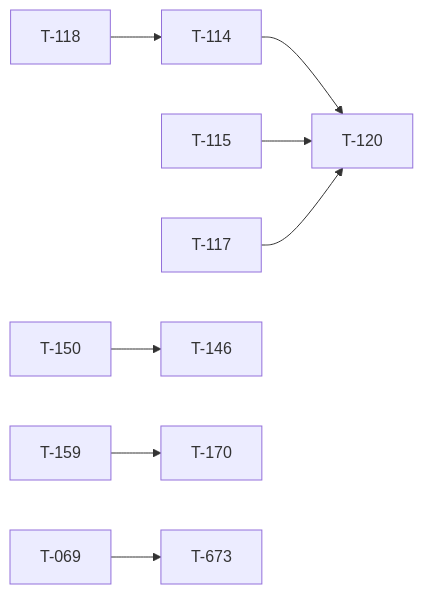
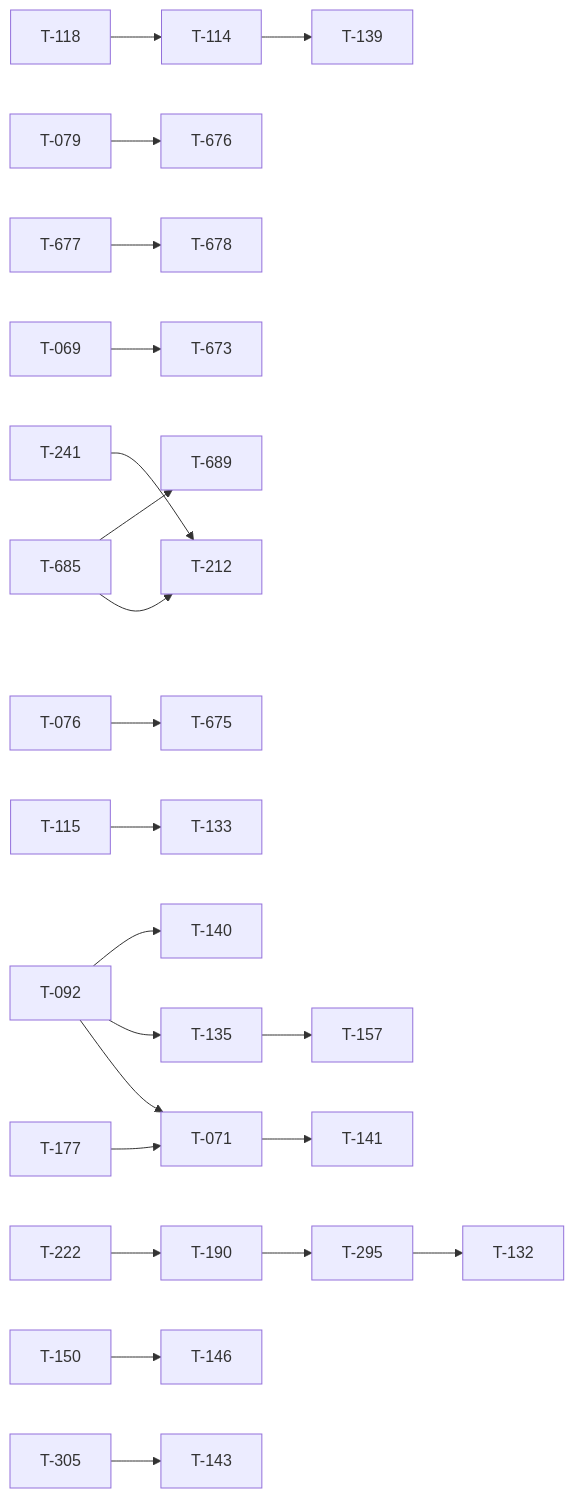
The diagram in docs/TICKET_LEAD.md (darkforce09/TBD-reforger), drawn with Mermaid before and after one commit. The commit also changed other lines of this file and 426 other files, not shown here.

````diff
--- a/docs/TICKET_LEAD.md
+++ b/docs/TICKET_LEAD.md
@@ -36,10 +119,24 @@
 ```mermaid
 flowchart LR
+  T092[T-092] --> T071[T-071]
+  T177[T-177] --> T071[T-071]
   T118[T-118] --> T114[T-114]
-  T114[T-114] --> T120[T-120]
-  T115[T-115] --> T120[T-120]
-  T117[T-117] --> T120[T-120]
+  T079[T-079] --> T676[T-676]
+  T677[T-677] --> T678[T-678]
+  T069[T-069] --> T673[T-673]
+  T685[T-685] --> T212[T-212]
+  T241[T-241] --> T212[T-212]
+  T685[T-685] --> T689[T-689]
+  T076[T-076] --> T675[T-675]
+  T115[T-115] --> T133[T-133]
+  T114[T-114] --> T139[T-139]
+  T222[T-222] --> T190[T-190]
+  T135[T-135] --> T157[T-157]
+  T071[T-071] --> T141[T-141]
   T150[T-150] --> T146[T-146]
-  T159[T-159] --> T170[T-170]
-  T069[T-069] --> T673[T-673]
+  T305[T-305] --> T143[T-143]
+  T092[T-092] --> T135[T-135]
+  T092[T-092] --> T140[T-140]
+  T190[T-190] --> T295[T-295]
+  T295[T-295] --> T132[T-132]
 ```
````
